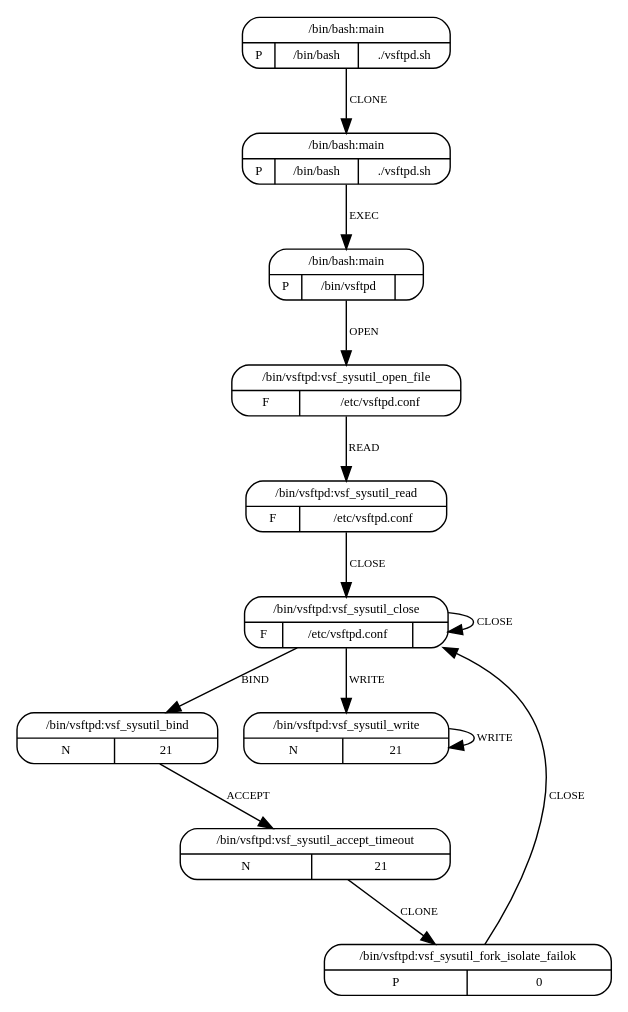
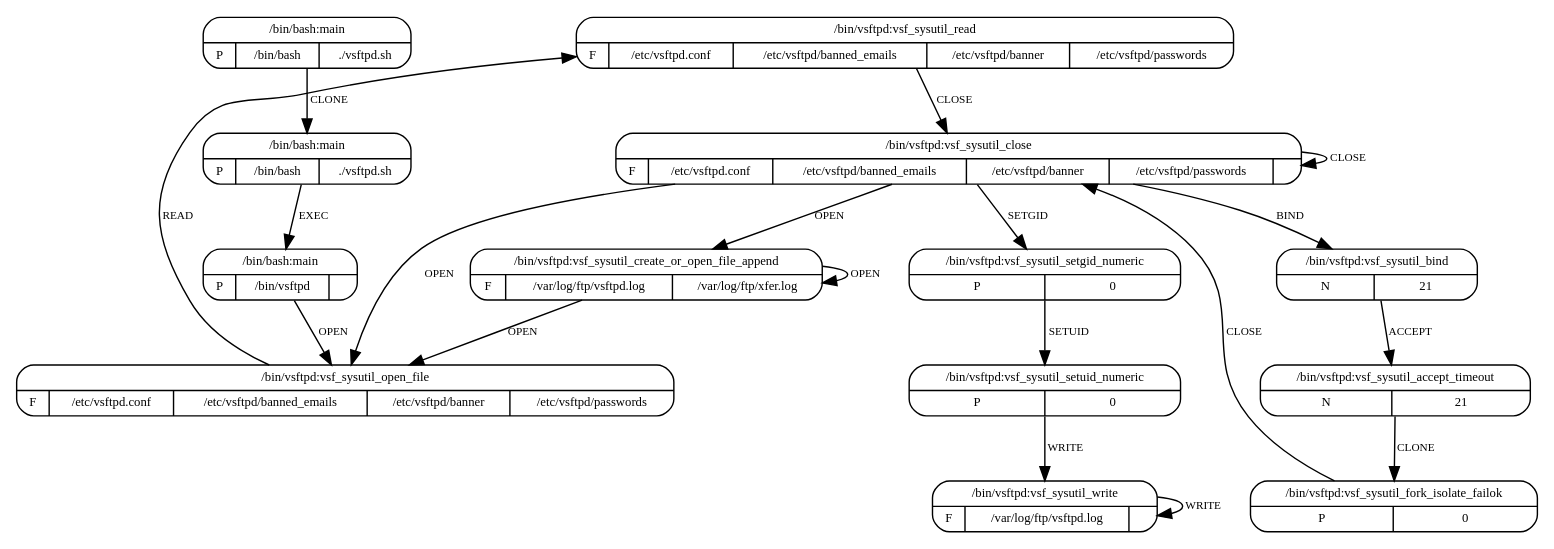
Before and after one commit to sysflow-telemetry/upolicycraft: the diagram in plugins/mrm/resources/models/vsftpd.dot, drawn with Graphviz. The commit also changed 5 other files, not shown here.

```diff
--- a/plugins/mrm/resources/models/vsftpd.dot
+++ b/plugins/mrm/resources/models/vsftpd.dot
@@ -1,40 +1,54 @@
 digraph G {
+  3 [shape=Mrecord,
+     label="{{/bin/vsftpd:vsf_sysutil_read}|{F|{/etc/vsftpd.conf}|{/etc/vsftpd/banned_emails}|{/etc/vsftpd/banner}|{/etc/vsftpd/passwords}}}",
+     fontsize=9, ];
+  11 [shape=Mrecord,
+      label="{{/bin/vsftpd:vsf_sysutil_create_or_open_file_append}|{F|{/var/log/ftp/vsftpd.log}|{/var/log/ftp/xfer.log}}}",
+      fontsize=9, ];
   4 [shape=Mrecord,
-     label="{{/bin/vsftpd:vsf_sysutil_read}|{F|{/etc/vsftpd.conf}}}",
+     label="{{/bin/vsftpd:vsf_sysutil_close}|{F|{/etc/vsftpd.conf}|{/etc/vsftpd/banned_emails}|{/etc/vsftpd/banner}|{/etc/vsftpd/passwords}|{}}}",
      fontsize=9, ];
-  5 [shape=Mrecord,
-     label="{{/bin/vsftpd:vsf_sysutil_close}|{F|{/etc/vsftpd.conf}|{}}}",
+  8 [shape=Mrecord, label="{{/bin/vsftpd:vsf_sysutil_bind}|{N|{21}}}",
      fontsize=9, ];
-  7 [shape=Mrecord, label="{{/bin/vsftpd:vsf_sysutil_bind}|{N|{21}}}",
+  9 [shape=Mrecord, label="{{/bin/vsftpd:vsf_sysutil_accept_timeout}|{N|{21}}}",
      fontsize=9, ];
-  8 [shape=Mrecord, label="{{/bin/vsftpd:vsf_sysutil_accept_timeout}|{N|{21}}}",
+  6 [shape=Mrecord, label="{{/bin/vsftpd:vsf_sysutil_setuid_numeric}|{P|0}}",
      fontsize=9, ];
-  6 [shape=Mrecord, label="{{/bin/vsftpd:vsf_sysutil_write}|{N|{21}}}",
+  5 [shape=Mrecord, label="{{/bin/vsftpd:vsf_sysutil_setgid_numeric}|{P|0}}",
      fontsize=9, ];
-  9 [shape=Mrecord,
-     label="{{/bin/vsftpd:vsf_sysutil_fork_isolate_failok}|{P|0}}",
+  7 [shape=Mrecord,
+     label="{{/bin/vsftpd:vsf_sysutil_write}|{F|{/var/log/ftp/vsftpd.log}|{}}}",
      fontsize=9, ];
-  3 [shape=Mrecord,
-     label="{{/bin/vsftpd:vsf_sysutil_open_file}|{F|{/etc/vsftpd.conf}}}",
-     fontsize=9, ];
+  10 [shape=Mrecord,
+      label="{{/bin/vsftpd:vsf_sysutil_fork_isolate_failok}|{P|0}}",
+      fontsize=9, ];
+  12 [shape=Mrecord,
+      label="{{/bin/vsftpd:vsf_sysutil_open_file}|{F|{/etc/vsftpd.conf}|{/etc/vsftpd/banned_emails}|{/etc/vsftpd/banner}|{/etc/vsftpd/passwords}}}",
+      fontsize=9, ];
   0 [shape=Mrecord, label="{{/bin/bash:main}|{P|/bin/bash|./vsftpd.sh}}",
      fontsize=9, ];
   1 [shape=Mrecord, label="{{/bin/bash:main}|{P|/bin/bash|./vsftpd.sh}}",
      fontsize=9, ];
   2 [shape=Mrecord, label="{{/bin/bash:main}|{P|/bin/vsftpd|}}", fontsize=9, ];
   
   
-  4 -> 5 [label="CLOSE", fontsize=8, ];
-  5 -> 5 [label="CLOSE", fontsize=8, ];
-  5 -> 7 [label="BIND", fontsize=8, ];
-  5 -> 6 [label="WRITE", fontsize=8, ];
-  7 -> 8 [label="ACCEPT", fontsize=8, ];
-  8 -> 9 [label="CLONE", fontsize=8, ];
-  6 -> 6 [label="WRITE", fontsize=8, ];
-  9 -> 5 [label="CLOSE", fontsize=8, ];
-  3 -> 4 [label="READ", fontsize=8, ];
+  3 -> 4 [label="CLOSE", fontsize=8, ];
+  11 -> 11 [label="OPEN", fontsize=8, ];
+  11 -> 12 [label="OPEN", fontsize=8, ];
+  4 -> 11 [label="OPEN", fontsize=8, ];
+  4 -> 4 [label="CLOSE", fontsize=8, ];
+  4 -> 8 [label="BIND", fontsize=8, ];
+  4 -> 5 [label="SETGID", fontsize=8, ];
+  4 -> 12 [label="OPEN", fontsize=8, ];
+  8 -> 9 [label="ACCEPT", fontsize=8, ];
+  9 -> 10 [label="CLONE", fontsize=8, ];
+  6 -> 7 [label="WRITE", fontsize=8, ];
+  5 -> 6 [label="SETUID", fontsize=8, ];
+  7 -> 7 [label="WRITE", fontsize=8, ];
+  10 -> 4 [label="CLOSE", fontsize=8, ];
+  12 -> 3 [label="READ", fontsize=8, ];
   0 -> 1 [label="CLONE", fontsize=8, ];
   1 -> 2 [label="EXEC", fontsize=8, ];
-  2 -> 3 [label="OPEN", fontsize=8, ];
+  2 -> 12 [label="OPEN", fontsize=8, ];
   
   }
```
